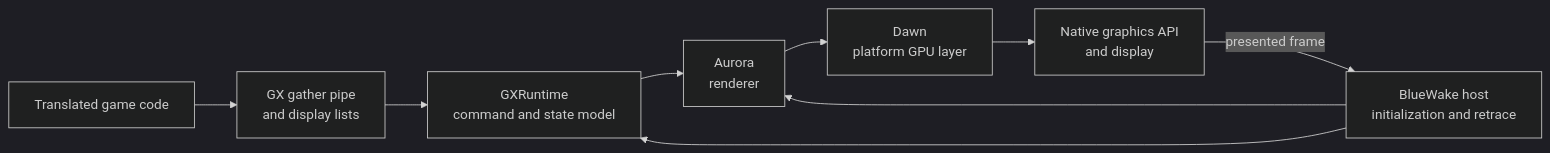
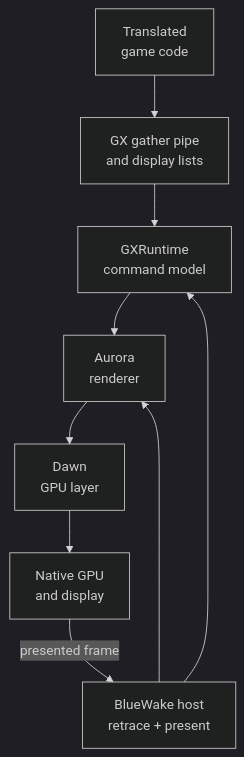
Before and after one commit to Aelbannan/boat_of_daphnes: the diagram in docs/architecture/runtime/Graphics.md, drawn with Mermaid (dark theme). The commit also changed 6 other files, not shown here.

Commit message:
docs: prevent runtime diagram truncation

````diff
--- a/docs/architecture/runtime/Graphics.md
+++ b/docs/architecture/runtime/Graphics.md
@@ -19,15 +19,15 @@
 ```mermaid
-flowchart LR
-    Game["Translated game code"]
+flowchart TD
+    Game["Translated<br/>game code"]
     FIFO["GX gather pipe<br/>and display lists"]
-    GX["GXRuntime<br/>command and state model"]
+    GX["GXRuntime<br/>command model"]
     Aurora["Aurora<br/>renderer"]
-    Dawn["Dawn<br/>platform GPU layer"]
-    GPU["Native graphics API<br/>and display"]
-    Host["BlueWake host<br/>initialization and retrace"]
+    Dawn["Dawn<br/>GPU layer"]
+    GPU["Native GPU<br/>and display"]
+    Host["BlueWake host<br/>retrace + present"]
 
     Game --> FIFO --> GX --> Aurora --> Dawn --> GPU
     Host --> GX
     Host --> Aurora
     GPU -->|"presented frame"| Host
 ```
````
